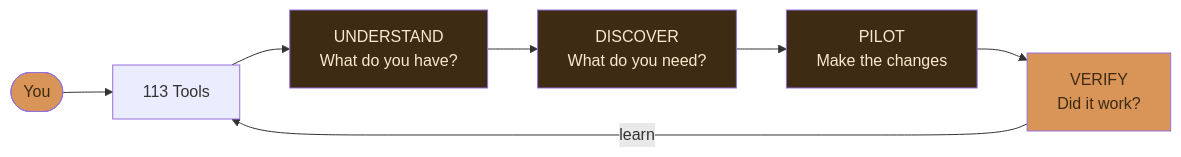
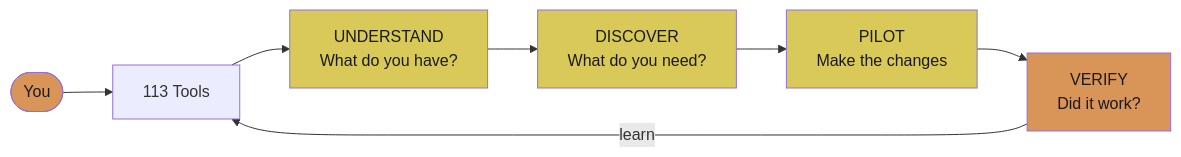
The seventh of 25 diagrams in README.md (JosephOIbrahim/Comfy-Cozy), drawn with Mermaid before and after one commit. The commit also changed other lines of this file, not shown here.

First line of the commit message:
[DOCS] Mermaid palette: two-tone muted orange/yellow with black text

````diff
--- a/README.md
+++ b/README.md
@@ -496,15 +496,15 @@
 ```mermaid
 graph LR
     You([You]) --> Agent[113 Tools]
     Agent --> Understand[UNDERSTAND<br/>What do you have?]
     Understand --> Discover[DISCOVER<br/>What do you need?]
     Discover --> Pilot[PILOT<br/>Make the changes]
     Pilot --> Verify[VERIFY<br/>Did it work?]
     Verify -->|learn| Agent
 
-    style You fill:#d99458,color:#3d2b14
-    style Understand fill:#3d2b14,color:#fde8cf
-    style Discover fill:#3d2b14,color:#fde8cf
-    style Pilot fill:#3d2b14,color:#fde8cf
-    style Verify fill:#d99458,color:#3d2b14
+    style You fill:#d99458,color:#1a1a1a
+    style Understand fill:#d9c958,color:#1a1a1a
+    style Discover fill:#d9c958,color:#1a1a1a
+    style Pilot fill:#d9c958,color:#1a1a1a
+    style Verify fill:#d99458,color:#1a1a1a
 ```
````
